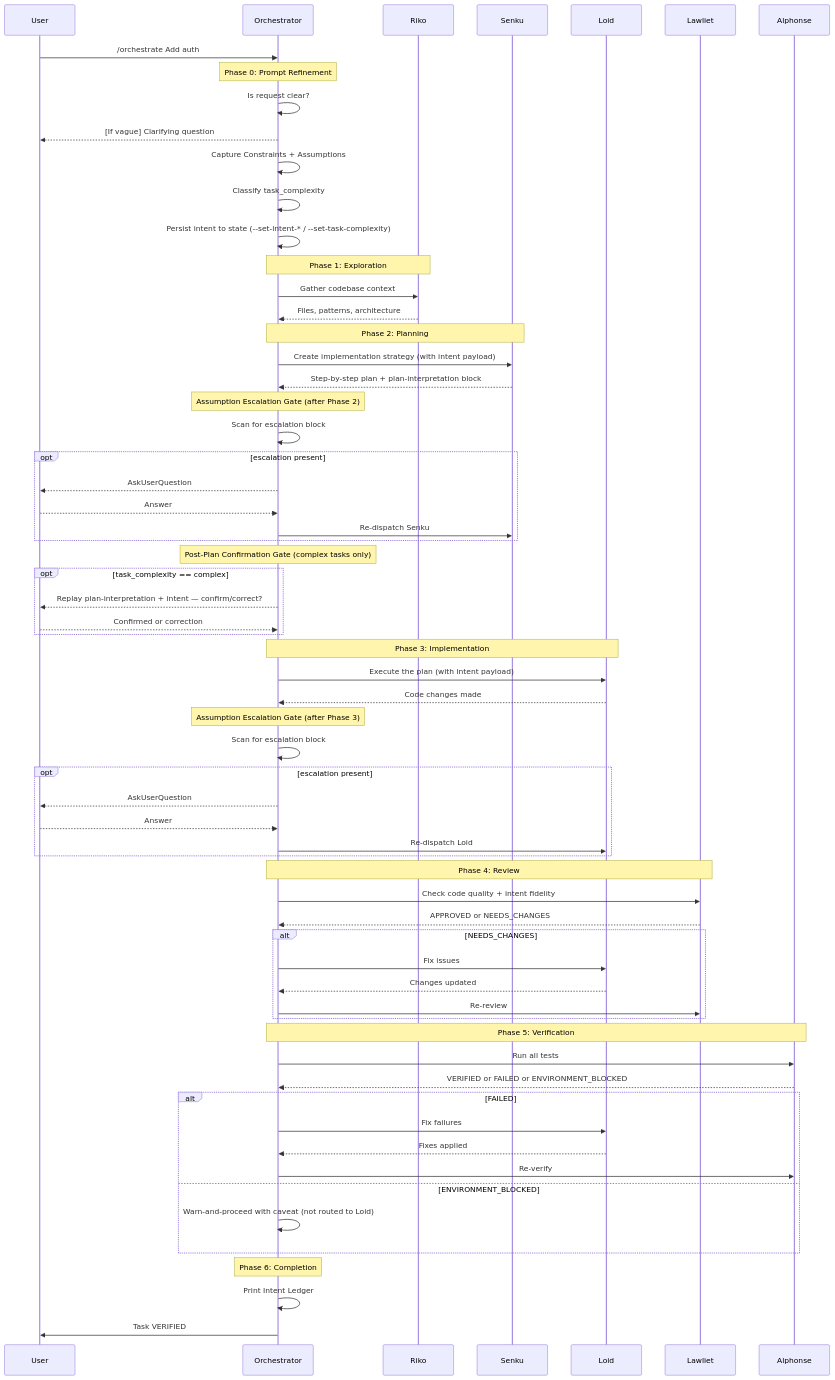
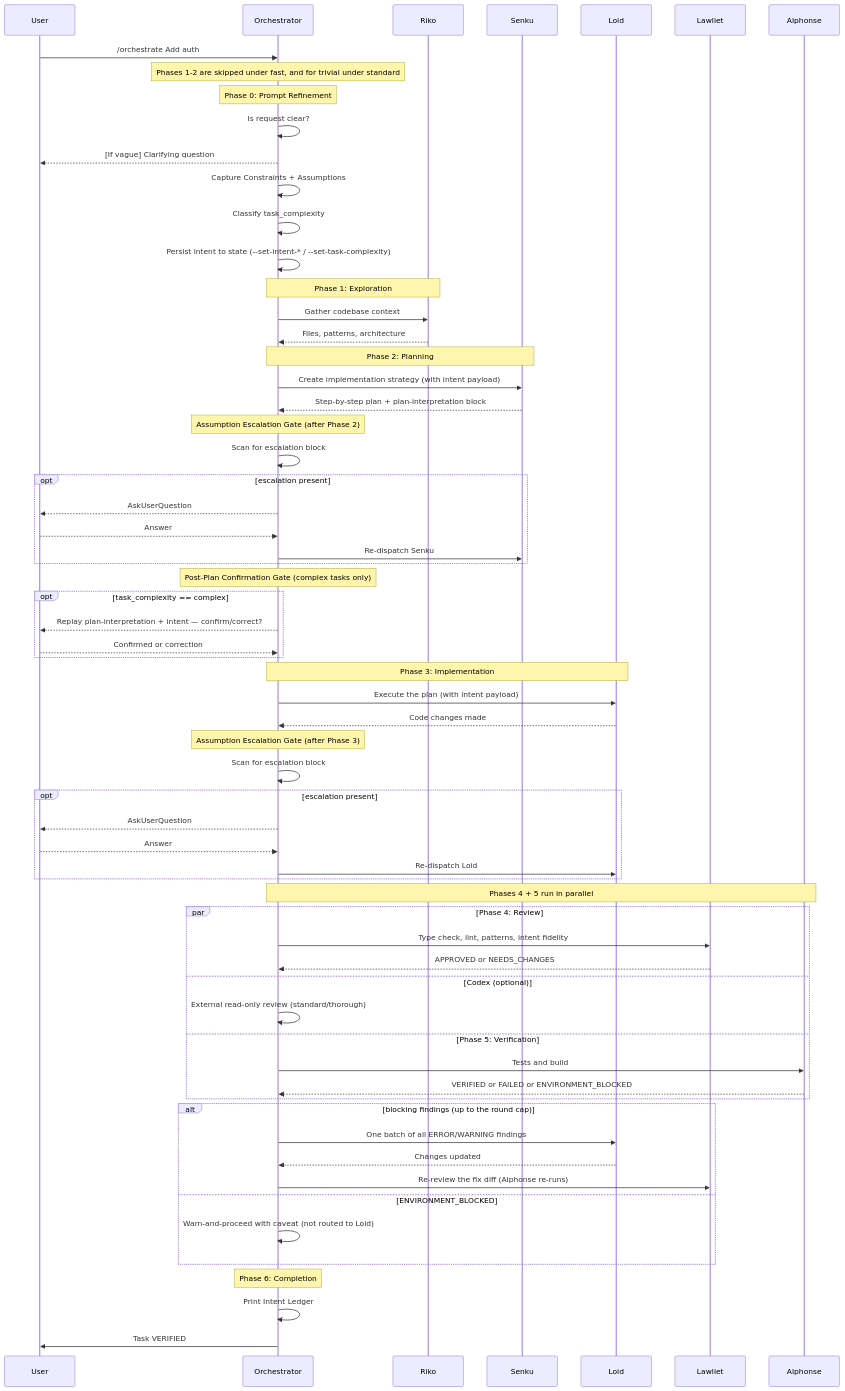
Before and after one commit to josix/agent-flow: the diagram in docs/guides/using-orchestrate.md, drawn with Mermaid. The commit also changed other lines of this file and 29 other files, not shown here.

````diff
--- a/docs/guides/using-orchestrate.md
+++ b/docs/guides/using-orchestrate.md
@@ -48,79 +96,77 @@
 ```mermaid
 sequenceDiagram
     participant U as User
     participant O as Orchestrator
     participant R as Riko
     participant S as Senku
     participant L as Loid
     participant LW as Lawliet
     participant A as Alphonse
 
     U->>O: /orchestrate Add auth
+    Note over O: Phases 1-2 are skipped under fast, and for trivial under standard
 
     Note over O: Phase 0: Prompt Refinement
     O->>O: Is request clear?
     O-->>U: [If vague] Clarifying question
     O->>O: Capture Constraints + Assumptions
     O->>O: Classify task_complexity
     O->>O: Persist intent to state (--set-intent-* / --set-task-complexity)
 
     Note over O,R: Phase 1: Exploration
     O->>R: Gather codebase context
     R-->>O: Files, patterns, architecture
 
     Note over O,S: Phase 2: Planning
     O->>S: Create implementation strategy (with intent payload)
     S-->>O: Step-by-step plan + plan-interpretation block
 
     Note over O: Assumption Escalation Gate (after Phase 2)
     O->>O: Scan for escalation block
     opt escalation present
         O-->>U: AskUserQuestion
         U-->>O: Answer
         O->>S: Re-dispatch Senku
     end
 
     Note over O: Post-Plan Confirmation Gate (complex tasks only)
     opt task_complexity == complex
         O-->>U: Replay plan-interpretation + intent — confirm/correct?
         U-->>O: Confirmed or correction
     end
 
     Note over O,L: Phase 3: Implementation
     O->>L: Execute the plan (with intent payload)
     L-->>O: Code changes made
 
     Note over O: Assumption Escalation Gate (after Phase 3)
     O->>O: Scan for escalation block
     opt escalation present
         O-->>U: AskUserQuestion
         U-->>O: Answer
         O->>L: Re-dispatch Loid
     end
 
-    Note over O,LW: Phase 4: Review
-    O->>LW: Check code quality + intent fidelity
-    LW-->>O: APPROVED or NEEDS_CHANGES
-
-    alt NEEDS_CHANGES
-        O->>L: Fix issues
-        L-->>O: Changes updated
-        O->>LW: Re-review
+    Note over O,A: Phases 4 + 5 run in parallel
+    par Phase 4: Review
+        O->>LW: Type check, lint, patterns, intent fidelity
+        LW-->>O: APPROVED or NEEDS_CHANGES
+    and Codex (optional)
+        O->>O: External read-only review (standard/thorough)
+    and Phase 5: Verification
+        O->>A: Tests and build
+        A-->>O: VERIFIED or FAILED or ENVIRONMENT_BLOCKED
     end
 
-    Note over O,A: Phase 5: Verification
-    O->>A: Run all tests
-    A-->>O: VERIFIED or FAILED or ENVIRONMENT_BLOCKED
-
-    alt FAILED
-        O->>L: Fix failures
-        L-->>O: Fixes applied
-        O->>A: Re-verify
+    alt blocking findings (up to the round cap)
+        O->>L: One batch of all ERROR/WARNING findings
+        L-->>O: Changes updated
+        O->>LW: Re-review the fix diff (Alphonse re-runs)
     else ENVIRONMENT_BLOCKED
         O->>O: Warn-and-proceed with caveat (not routed to Loid)
     end
 
     Note over O: Phase 6: Completion
     O->>O: Print Intent Ledger
     O->>U: Task VERIFIED
 ```
````
